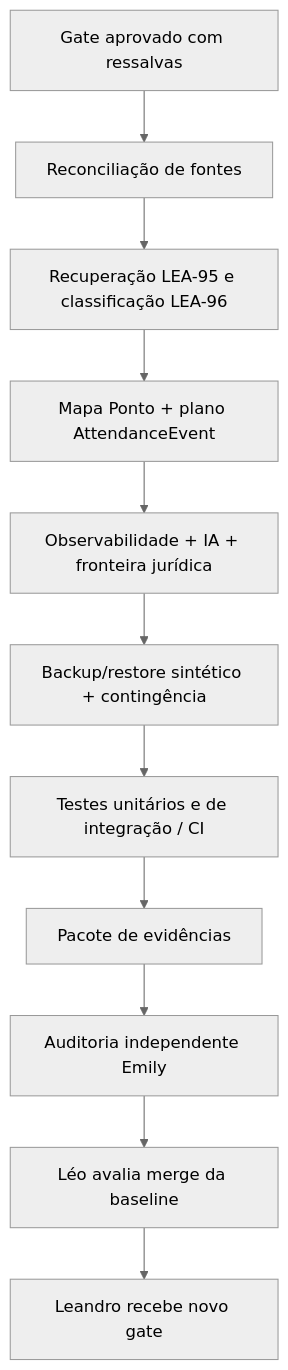
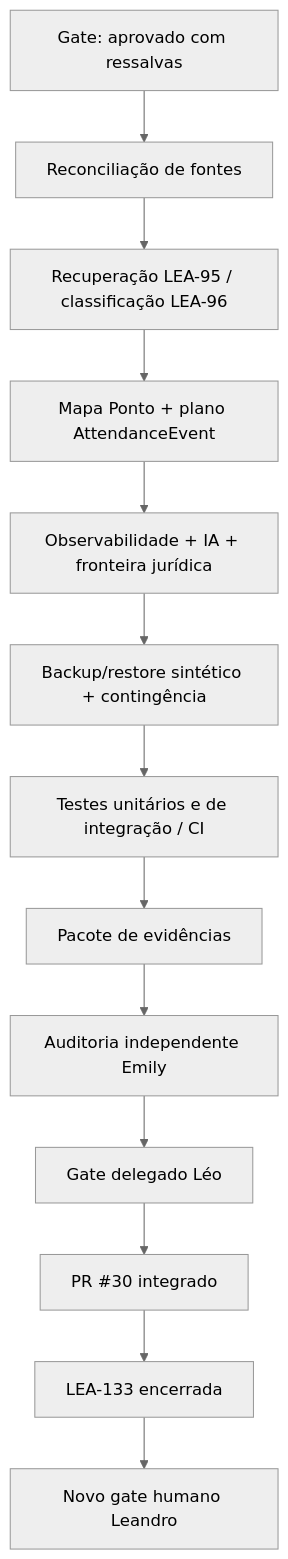
The diagram in ROADMAP_CURRENT.md (leon337/reconhecimento_facial), drawn with Mermaid (neutral theme) before and after one commit. The commit also changed other lines of this file, not shown here.

Commit message:
docs(lea-133): sincronizar roadmap pós-fechamento da FASE 12

````diff
--- a/ROADMAP_CURRENT.md
+++ b/ROADMAP_CURRENT.md
@@ -32,13 +28,15 @@
 ```mermaid
 flowchart TD
-    A[Gate aprovado com ressalvas] --> B[Reconciliação de fontes]
-    B --> C[Recuperação LEA-95 e classificação LEA-96]
+    A[Gate: aprovado com ressalvas] --> B[Reconciliação de fontes]
+    B --> C[Recuperação LEA-95 / classificação LEA-96]
     C --> D[Mapa Ponto + plano AttendanceEvent]
     D --> E[Observabilidade + IA + fronteira jurídica]
     E --> F[Backup/restore sintético + contingência]
     F --> G[Testes unitários e de integração / CI]
     G --> H[Pacote de evidências]
     H --> I[Auditoria independente Emily]
-    I --> J[Léo avalia merge da baseline]
-    J --> K[Leandro recebe novo gate]
+    I --> J[Gate delegado Léo]
+    J --> K[PR #30 integrado]
+    K --> L[LEA-133 encerrada]
+    L --> M[Novo gate humano Leandro]
 ```
````
